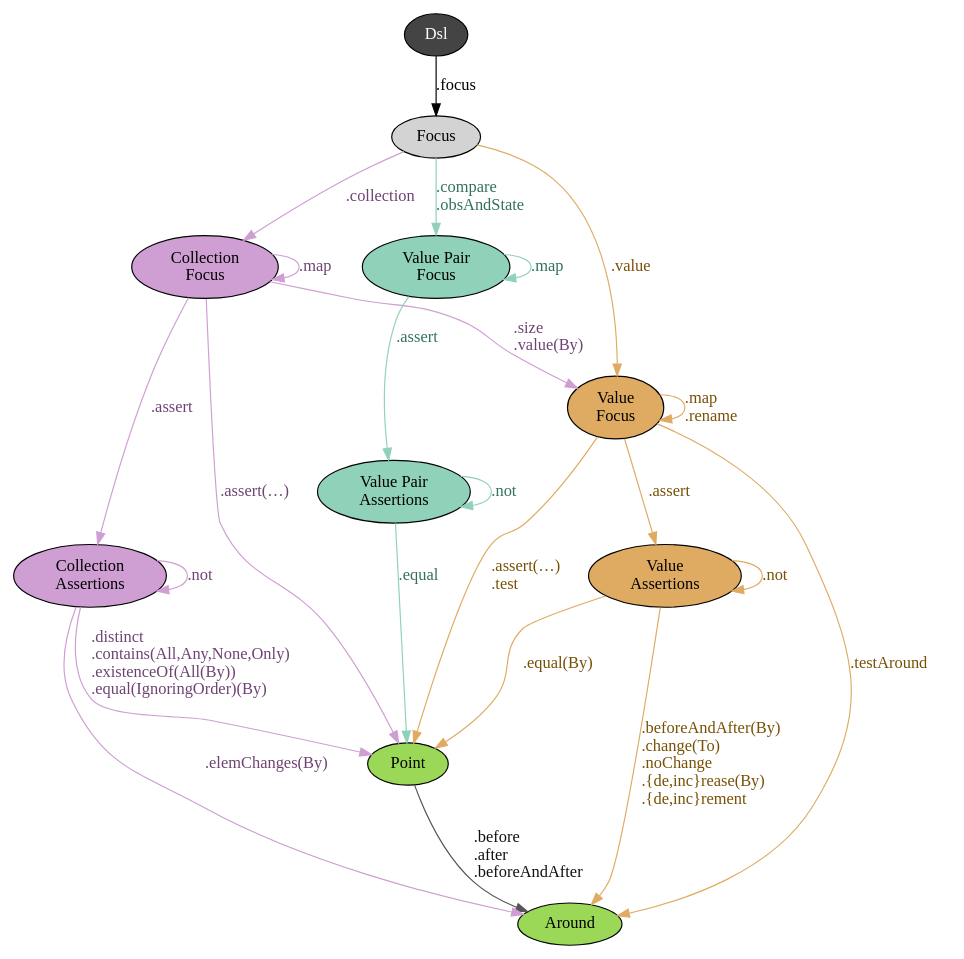
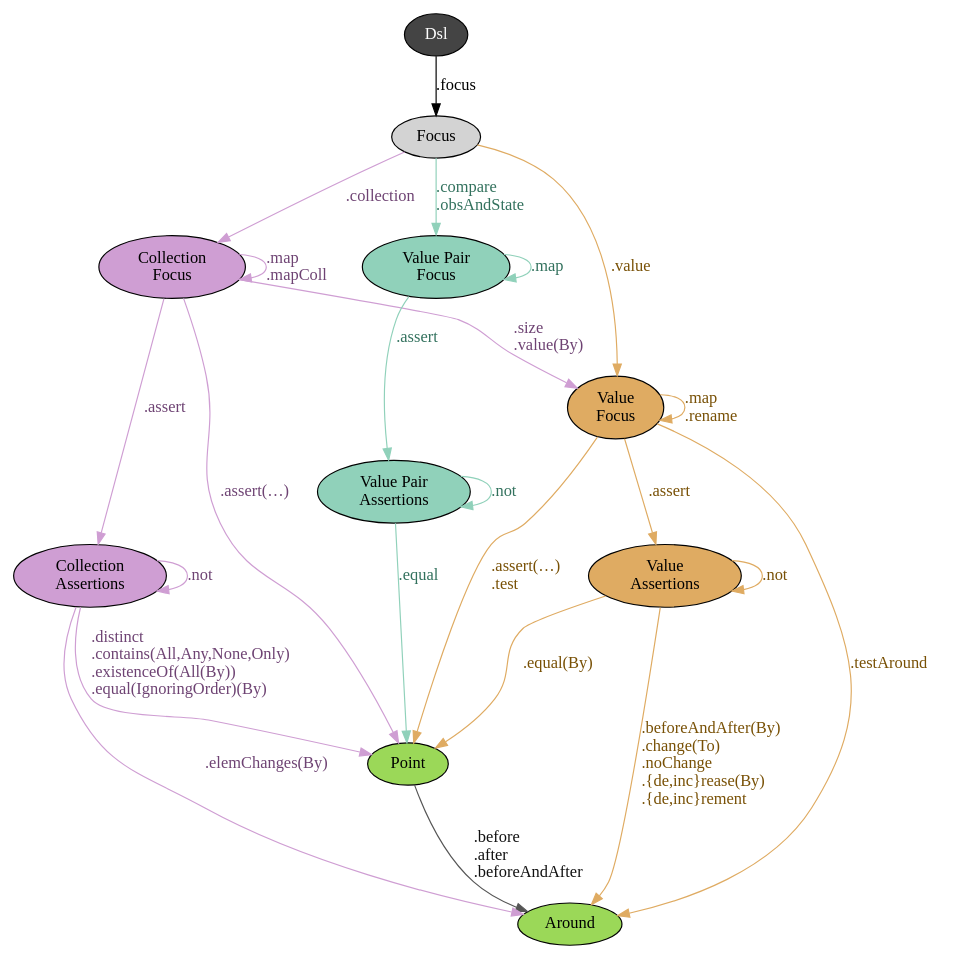
Before and after one commit to japgolly/test-state: the diagram in doc/dsl-focus.gv, drawn with Graphviz. The commit also changed 1 other file, not shown here.

Commit message:
Update DSL diagram

```diff
--- a/doc/dsl-focus.gv
+++ b/doc/dsl-focus.gv
@@ -1,72 +1,72 @@
 digraph G {
 node[style=filled]
 //edge[minlen=2]
 
 root [fillcolor="#444444" fontcolor=white label="Dsl"]
 
 {
 node[fillcolor="#9BD858"] edge[color="#9BD858" fontcolor="#377700"]
 Point  [label="Point"]
 Around [label="Around"]
 Point -> Around [color="#555555" fontcolor="#111111" label=".before\l.after\l.beforeAndAfter\l"]
 }
 
 // root -> focus,transformer
 // root -> emptyPlan,emptyTest
 
 /*
 root -> Action [label=".chooseAction(Attempt)\l.emptyAction\l.print\l"]
 root -> Around [label=".around\l.chooseAround(Attempt)\l.emptyAround\l.testAround\l"]
 root -> Point  [label=".choosePoint(Attempt)\l.point\l.test\l"]
 root -> Invariant [label=".chooseInvariant(Attempt)\l.emptyInvariant\l"]
 
 root -> action [label=".action"]
 action -> Action [label=".apply\l.attempt\l.update(By)\l.full\l"]
 */
 
 
 // node[style=filled fillcolor="#ffcccc"]
 // edge[color="#bb8888" fontcolor="#772222"]
 
 root -> Focus [label=".focus\l"]
 
 node[fillcolor="#DFAB62"] edge[color="#DFAB62" fontcolor="#785005"]
 FocusValue [label="Value\nFocus"]
 FocusValueAO [label="Value\nAssertions"]
 Focus        -> FocusValue   [label=".value\l"]
 FocusValue   -> FocusValue   [label=".map\l.rename\l"]
 FocusValue   -> FocusValueAO [label=".assert\l"]
 FocusValueAO -> FocusValueAO [label=".not\l"]
 FocusValue   -> Point        [label=".assert(…)\l.test\l"]
 FocusValueAO -> Point        [label=".equal(By)\l"]
 FocusValue   -> Around       [label=".testAround\l"]
 FocusValueAO -> Around       [label=".beforeAndAfter(By)\l.change(To)\l.noChange\l.{de,inc}rease(By)\l.{de,inc}rement\l"]
 
 node[fillcolor="#CF9ED3"] edge[color="#CF9ED3" fontcolor="#6e4373"]
 FocusColl [label="Collection\nFocus"]
 FocusCollAO [label="Collection\nAssertions"]
 Focus       -> FocusColl   [label=".collection\l"]
-FocusColl   -> FocusColl   [label=".map\l"]
+FocusColl   -> FocusColl   [label=".map\l.mapColl\l"]
 FocusColl   -> FocusCollAO [label=".assert\l"]
 FocusColl   -> FocusValue  [label=".size\l.value(By)\l"]
 FocusCollAO -> FocusCollAO [label=".not\l"]
 FocusColl   -> Point       [label=".assert(…)\l"]
 FocusCollAO -> Point       [label=".distinct\l.contains(All,Any,None,Only)\l.existenceOf(All(By))\l.equal(IgnoringOrder)(By)\l"]
 FocusCollAO -> Around      [label=".elemChanges(By)\l"]
 
 node[fillcolor="#90D1BA"] edge[color="#90D1BA" fontcolor="#32715d"]
 BiFocus [label="Value Pair\nFocus"]
 BiFocusAO [label="Value Pair\nAssertions"]
 Focus       -> BiFocus     [label=".compare\l.obsAndState\l"]
 BiFocus     -> BiFocus     [label=".map\l"]
 BiFocus     -> BiFocusAO   [label=".assert\l"]
 BiFocusAO   -> BiFocusAO   [label=".not\l"]
 BiFocusAO   -> Point       [label=".equal\l"]
 /*
 ObsAndState [label="Value Pair\nFocus"]
 Focus       -> ObsAndState [label=".obsAndState\l"]
 ObsAndState -> ObsAndState [label=".map\l"]
 ObsAndState -> BiFocus     [style=dashed label="<extends>"]
 ObsAndState -> FocusValue  [label=".obs\l.state\l"]
 */
 }
```
